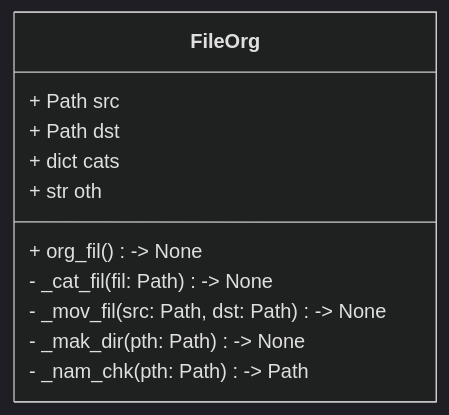
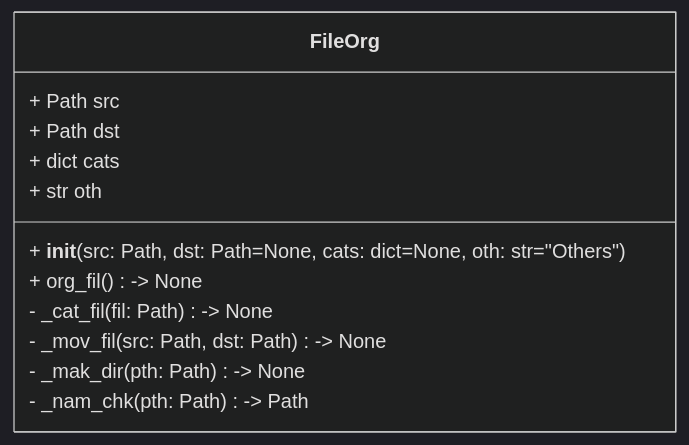
Before and after one commit to Sangaturcarawan/smart-file-org: the diagram in README.md, drawn with Mermaid (dark theme). The commit also changed other lines of this file and 3 other files, not shown here.

````diff
--- a/README.md
+++ b/README.md
@@ -44,14 +49,15 @@
 ```mermaid
 classDiagram
 class FileOrg {
+  + __init__(src: Path, dst: Path=None, cats: dict=None, oth: str="Others")
   + Path src
   + Path dst
   + dict cats
   + str oth
   + org_fil() -> None
   - _cat_fil(fil: Path) -> None
   - _mov_fil(src: Path, dst: Path) -> None
   - _mak_dir(pth: Path) -> None
   - _nam_chk(pth: Path) -> Path
 }
 ```
````
